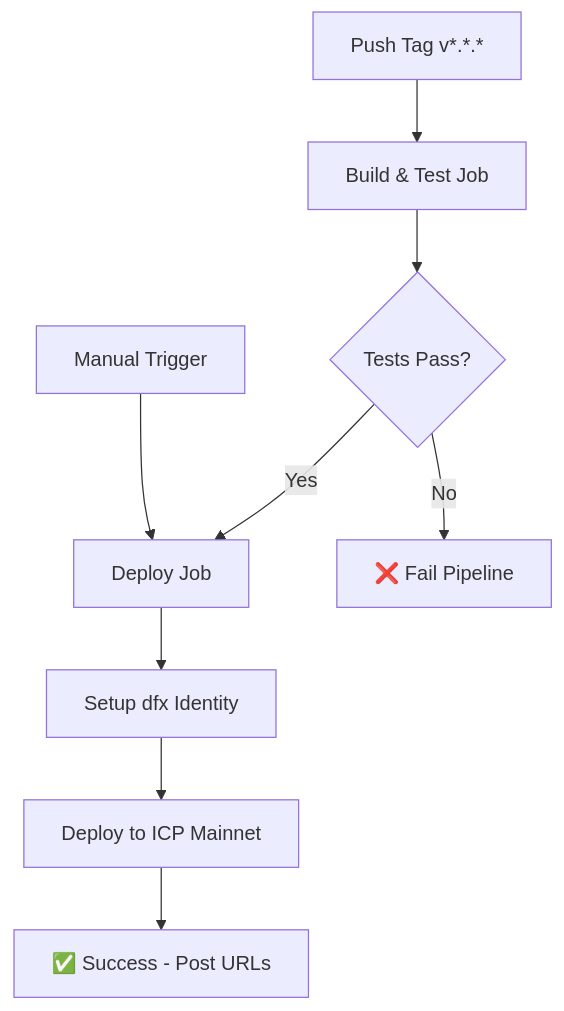
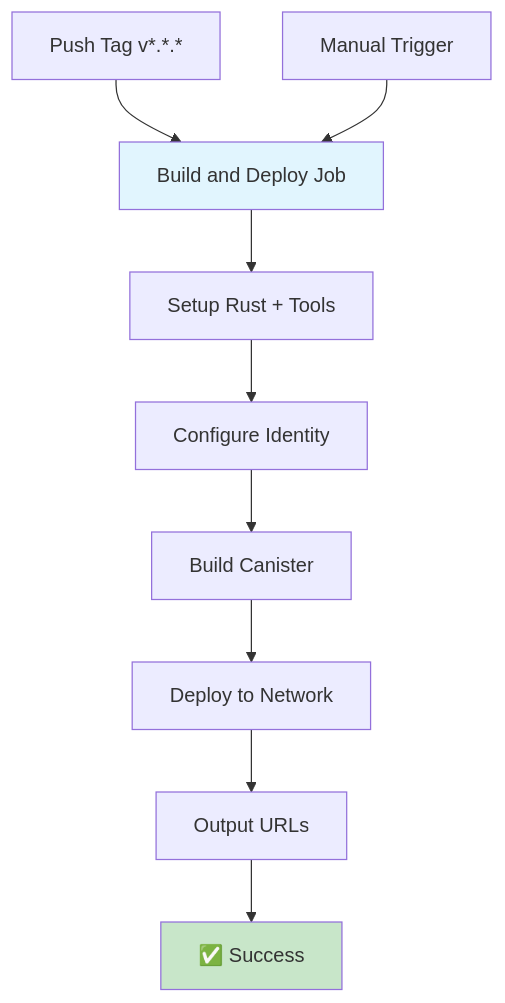
One commit to calimero-network/MeroDocs changed the diagram in merodocs_registry/CI-CD-SETUP.md. Above: the diagram before and after it, drawn with Mermaid. The commit also changed other lines of this file, not shown here.

Commit message:
docs: update CI/CD setup documentation for clarity and enhanced deployment options

````diff
--- a/merodocs_registry/CI-CD-SETUP.md
+++ b/merodocs_registry/CI-CD-SETUP.md
@@ -124,12 +137,16 @@
 ```mermaid
 graph TD
-    A[Push Tag v*.*.*] --> B[Build & Test Job]
-    B --> C{Tests Pass?}
-    C -->|Yes| D[Deploy Job]
-    C -->|No| E[❌ Fail Pipeline]
-    D --> F[Setup dfx Identity]
-    F --> G[Deploy to ICP Mainnet]
-    G --> H[✅ Success - Post URLs]
-
-    I[Manual Trigger] --> D
+    A[Push Tag v*.*.*] --> B[Build and Deploy Job]
+    C[Manual Trigger] --> B
+    
+    B --> D[Setup Rust + Tools]
+    D --> E[Configure Identity]
+    E --> F[Build Canister]
+    F --> G[Deploy to Network]
+    G --> H[Output URLs]
+    
+    H --> I[✅ Success]
+    
+    style B fill:#e1f5fe
+    style I fill:#c8e6c9
 ```
````
